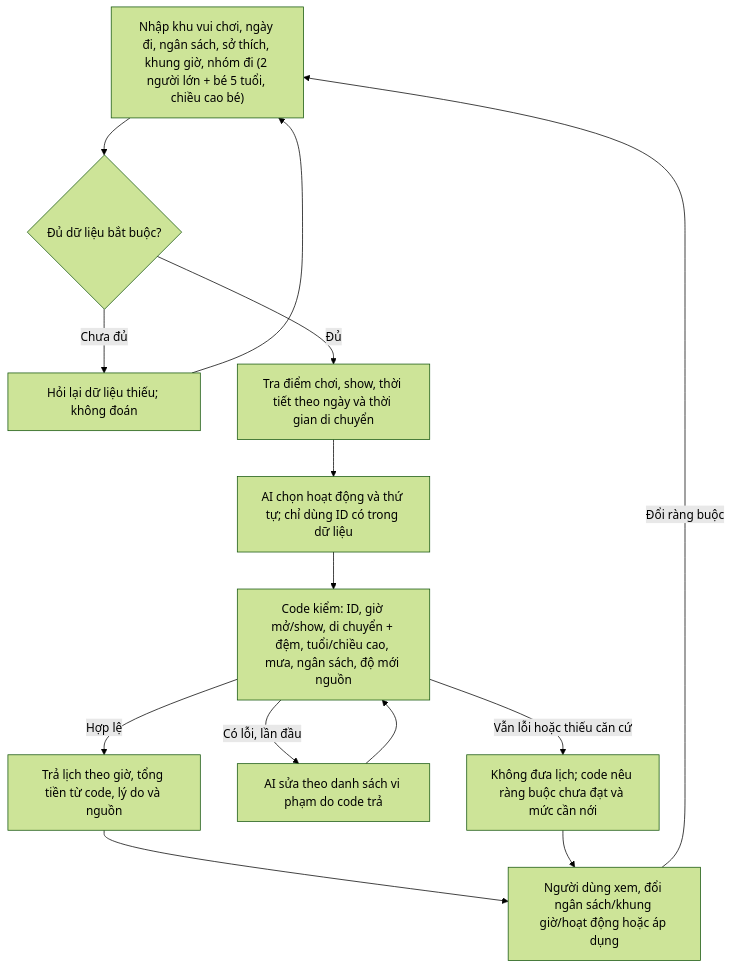
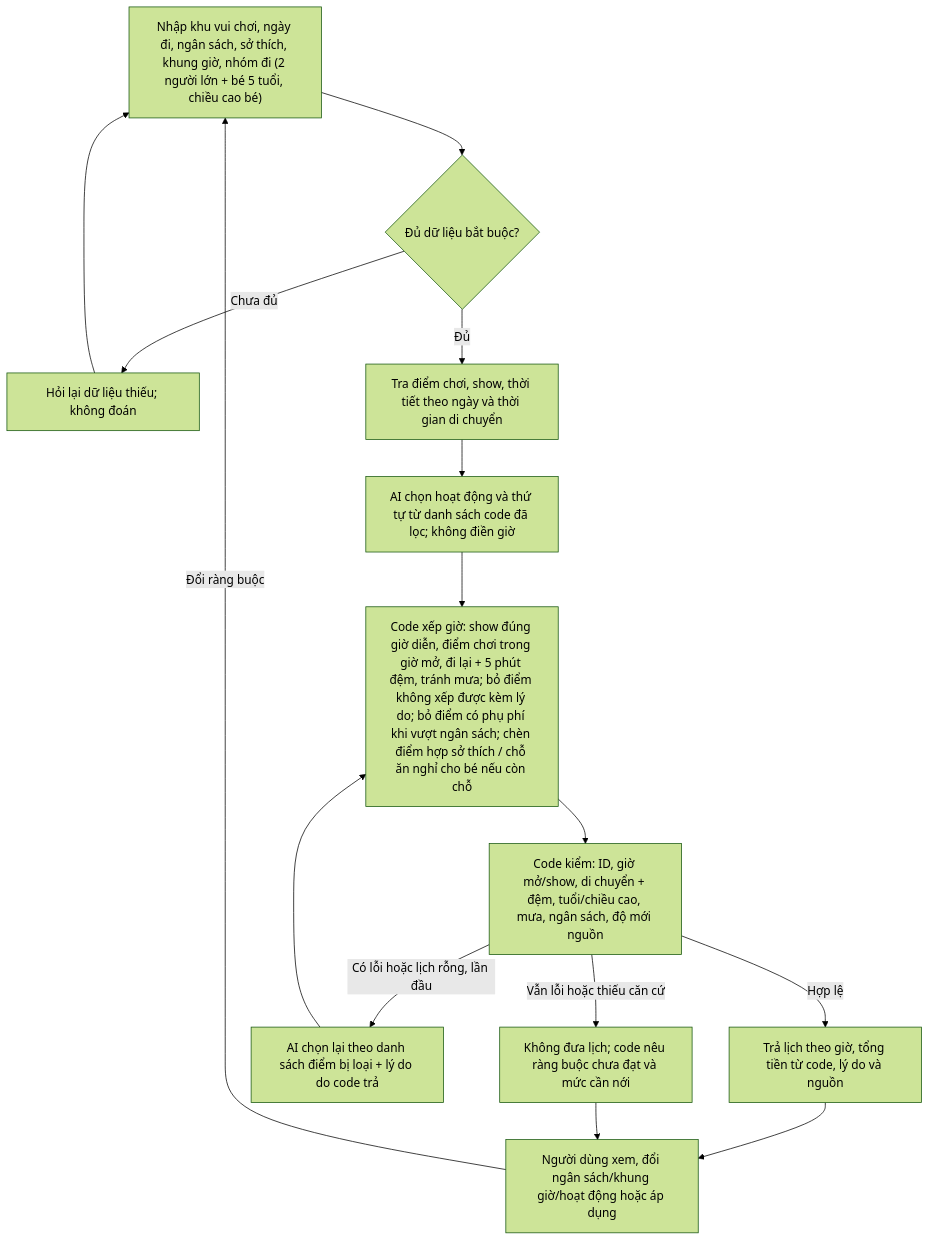
The diagram in spec.md (HieuVuong145/K5-Day15-L3B-MorphAI), drawn with Mermaid (forest theme) before and after one commit. The commit also changed other lines of this file and 2 other files, not shown here.

First line of the commit message:
Cải tiến sau lượt 1: code xếp giờ cho hoạt động AI chọn, hỏi lại câu mơ hồ

````diff
--- a/spec.md
+++ b/spec.md
@@ -64,16 +64,17 @@
   ```mermaid
   flowchart TD
       U["Nhập khu vui chơi, ngày đi, ngân sách, sở thích, khung giờ, nhóm đi (2 người lớn + bé 5 tuổi, chiều cao bé)"] --> V{"Đủ dữ liệu bắt buộc?"}
       V -->|Chưa đủ| Q["Hỏi lại dữ liệu thiếu; không đoán"]
       Q --> U
       V -->|Đủ| T["Tra điểm chơi, show, thời tiết theo ngày và thời gian di chuyển"]
-      T --> A["AI chọn hoạt động và thứ tự; chỉ dùng ID có trong dữ liệu"]
-      A --> C["Code kiểm: ID, giờ mở/show, di chuyển + đệm, tuổi/chiều cao, mưa, ngân sách, độ mới nguồn"]
+      T --> A["AI chọn hoạt động và thứ tự từ danh sách code đã lọc; không điền giờ"]
+      A --> X["Code xếp giờ: show đúng giờ diễn, điểm chơi trong giờ mở, đi lại + 5 phút đệm, tránh mưa; bỏ điểm không xếp được kèm lý do; bỏ điểm có phụ phí khi vượt ngân sách; chèn điểm hợp sở thích / chỗ ăn nghỉ cho bé nếu còn chỗ"]
+      X --> C["Code kiểm: ID, giờ mở/show, di chuyển + đệm, tuổi/chiều cao, mưa, ngân sách, độ mới nguồn"]
       C -->|Hợp lệ| O["Trả lịch theo giờ, tổng tiền từ code, lý do và nguồn"]
-      C -->|Có lỗi, lần đầu| R["AI sửa theo danh sách vi phạm do code trả"]
-      R --> C
+      C -->|Có lỗi hoặc lịch rỗng, lần đầu| R["AI chọn lại theo danh sách điểm bị loại + lý do do code trả"]
+      R --> X
       C -->|Vẫn lỗi hoặc thiếu căn cứ| N["Không đưa lịch; code nêu ràng buộc chưa đạt và mức cần nới"]
       O --> E["Người dùng xem, đổi ngân sách/khung giờ/hoạt động hoặc áp dụng"]
       N --> E
       E -->|Đổi ràng buộc| U
   ```
````
